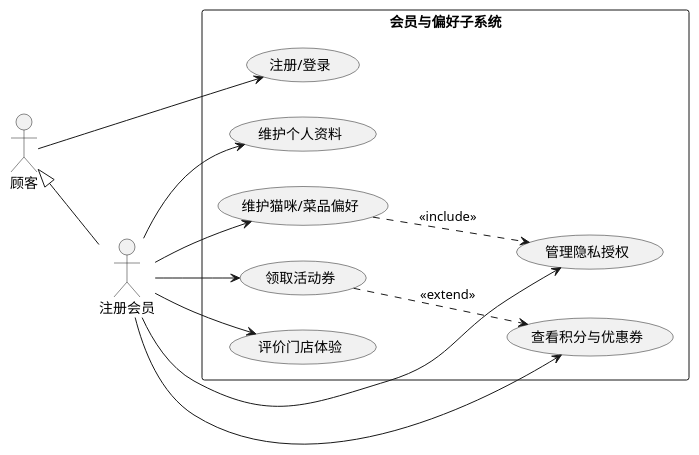
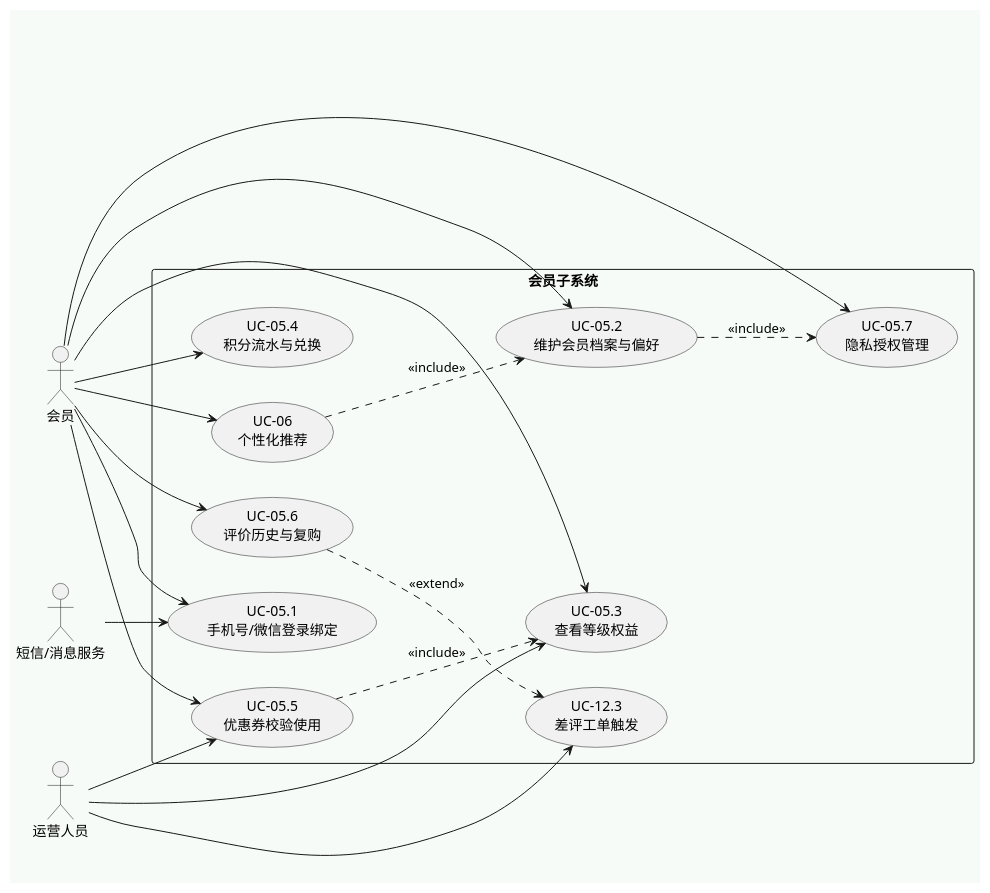
Before and after one commit to EridanusQ/BJFU-SoftwareEngineer: the diagram in 实验一_智能化需求工程与UML建模/D1-4_UML模型集/usecase/子用例_会员.puml, drawn with PlantUML. The commit also changed 40 other files, not shown here.

Commit message:
docs(lab1): polish D1-4 UML and D1-5 traceability

```diff
--- a/实验一_智能化需求工程与UML建模/D1-4_UML模型集/usecase/子用例_会员.puml
+++ b/实验一_智能化需求工程与UML建模/D1-4_UML模型集/usecase/子用例_会员.puml
@@ -1,24 +1,37 @@
 @startuml
 left to right direction
-actor "顾客" as Customer
-actor "注册会员" as Member
-Customer <|-- Member
-rectangle "会员与偏好子系统" {
-  usecase "注册/登录" as U1
-  usecase "维护个人资料" as U2
-  usecase "维护猫咪/菜品偏好" as U3
-  usecase "管理隐私授权" as U4
-  usecase "查看积分与优惠券" as U5
-  usecase "领取活动券" as U6
-  usecase "评价门店体验" as U7
+skinparam backgroundColor #F6FBF8
+skinparam packageStyle rectangle
+skinparam shadowing false
+skinparam defaultFontName Microsoft YaHei
+actor "会员" as Member
+actor "运营人员" as Ops
+actor "短信/消息服务" as Message
+rectangle "会员子系统" {
+  usecase "UC-05.1\n手机号/微信登录绑定" as Login
+  usecase "UC-05.2\n维护会员档案与偏好" as Profile
+  usecase "UC-05.3\n查看等级权益" as Level
+  usecase "UC-05.4\n积分流水与兑换" as Points
+  usecase "UC-05.5\n优惠券校验使用" as Coupon
+  usecase "UC-05.6\n评价历史与复购" as Review
+  usecase "UC-05.7\n隐私授权管理" as Consent
+  usecase "UC-06\n个性化推荐" as Recommend
+  usecase "UC-12.3\n差评工单触发" as Ticket
 }
-Customer --> U1
-Member --> U2
-Member --> U3
-Member --> U4
-Member --> U5
-Member --> U6
-Member --> U7
-U3 ..> U4 : <<include>>
-U6 ..> U5 : <<extend>>
+Member --> Login
+Member --> Profile
+Member --> Level
+Member --> Points
+Member --> Coupon
+Member --> Review
+Member --> Consent
+Member --> Recommend
+Ops --> Level
+Ops --> Coupon
+Ops --> Ticket
+Message --> Login
+Profile ..> Consent : <<include>>
+Recommend ..> Profile : <<include>>
+Coupon ..> Level : <<include>>
+Review ..> Ticket : <<extend>>
 @enduml
```
